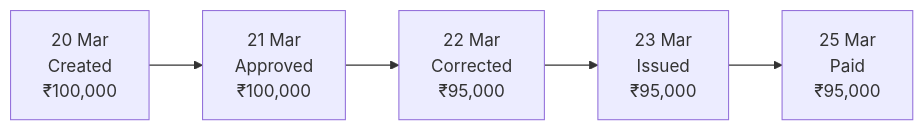
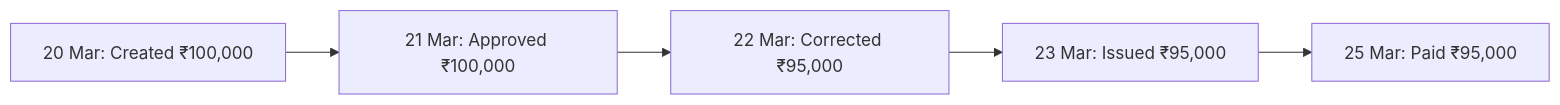
One commit to androviperian/semantic_warehouse_framework changed the fourth of 12 diagrams in book/01-from-reporting-to-decision-intelligence.md. Above: the diagram before and after it, drawn with Mermaid. The commit also changed other lines of this file, not shown here.

Commit message:
Repair and complete chapter 1 Mermaid diagrams

````diff
--- a/book/01-from-reporting-to-decision-intelligence.md
+++ b/book/01-from-reporting-to-decision-intelligence.md
@@ -252,8 +224,7 @@
 ```mermaid
 flowchart LR
-    A["20 Mar<br/>Created<br/>₹100,000"] -->
-    B["21 Mar<br/>Approved<br/>₹100,000"] -->
-    C["22 Mar<br/>Corrected<br/>₹95,000"] -->
-    D["23 Mar<br/>Issued<br/>₹95,000"] -->
-    E["25 Mar<br/>Paid<br/>₹95,000"]
+    A["20 Mar: Created ₹100,000"] --> B["21 Mar: Approved ₹100,000"]
+    B --> C["22 Mar: Corrected ₹95,000"]
+    C --> D["23 Mar: Issued ₹95,000"]
+    D --> E["25 Mar: Paid ₹95,000"]
 ```
````
